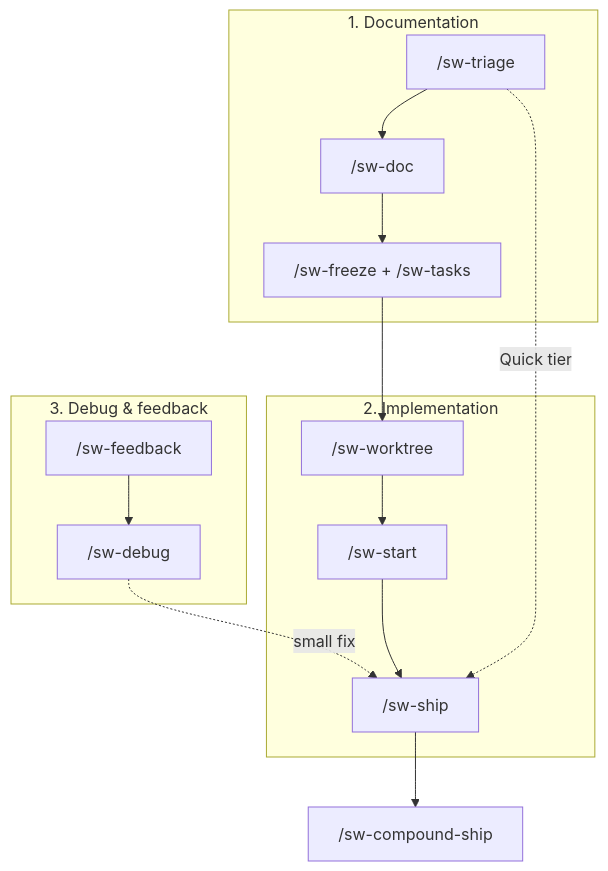
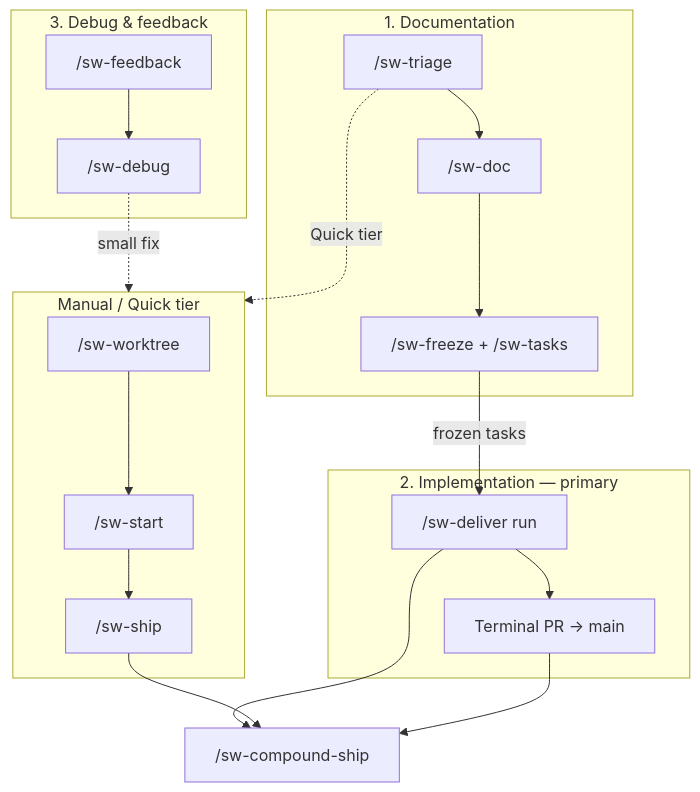
Before and after one commit to grdavies/shipwright: the first of 12 diagrams in README.md, drawn with Mermaid. The commit also changed other lines of this file and 115 other files, not shown here.

````diff
--- a/README.md
+++ b/README.md
@@ -239,18 +243,24 @@
 ```mermaid
 flowchart TB
   subgraph doc["1. Documentation"]
     T["/sw-triage"] --> D["/sw-doc"]
     D --> FZ["/sw-freeze + /sw-tasks"]
   end
-  subgraph ship["2. Implementation"]
+  subgraph ship["2. Implementation — primary"]
+    DEL["/sw-deliver run"]
+    DEL --> TM["Terminal PR → main"]
+  end
+  subgraph manual["Manual / Quick tier"]
     WT["/sw-worktree"] --> ST["/sw-start"]
     ST --> SH["/sw-ship"]
   end
   subgraph ops["3. Debug & feedback"]
     FB["/sw-feedback"] --> DB["/sw-debug"]
   end
-  FZ --> WT
-  DB -.->|small fix| SH
-  T -.->|Quick tier| SH
-  SH --> CM["/sw-compound-ship"]
+  FZ -->|frozen tasks| DEL
+  T -.->|Quick tier| manual
+  DB -.->|small fix| manual
+  DEL --> CM["/sw-compound-ship"]
+  SH --> CM
+  TM --> CM
 ```
````
